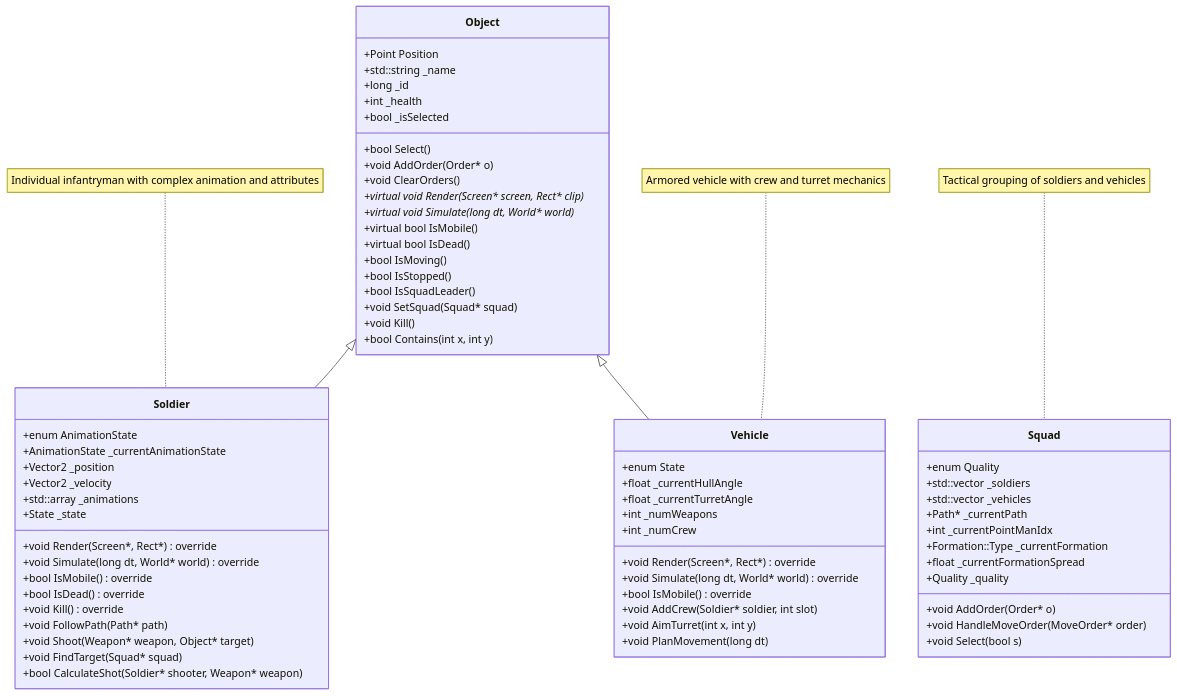
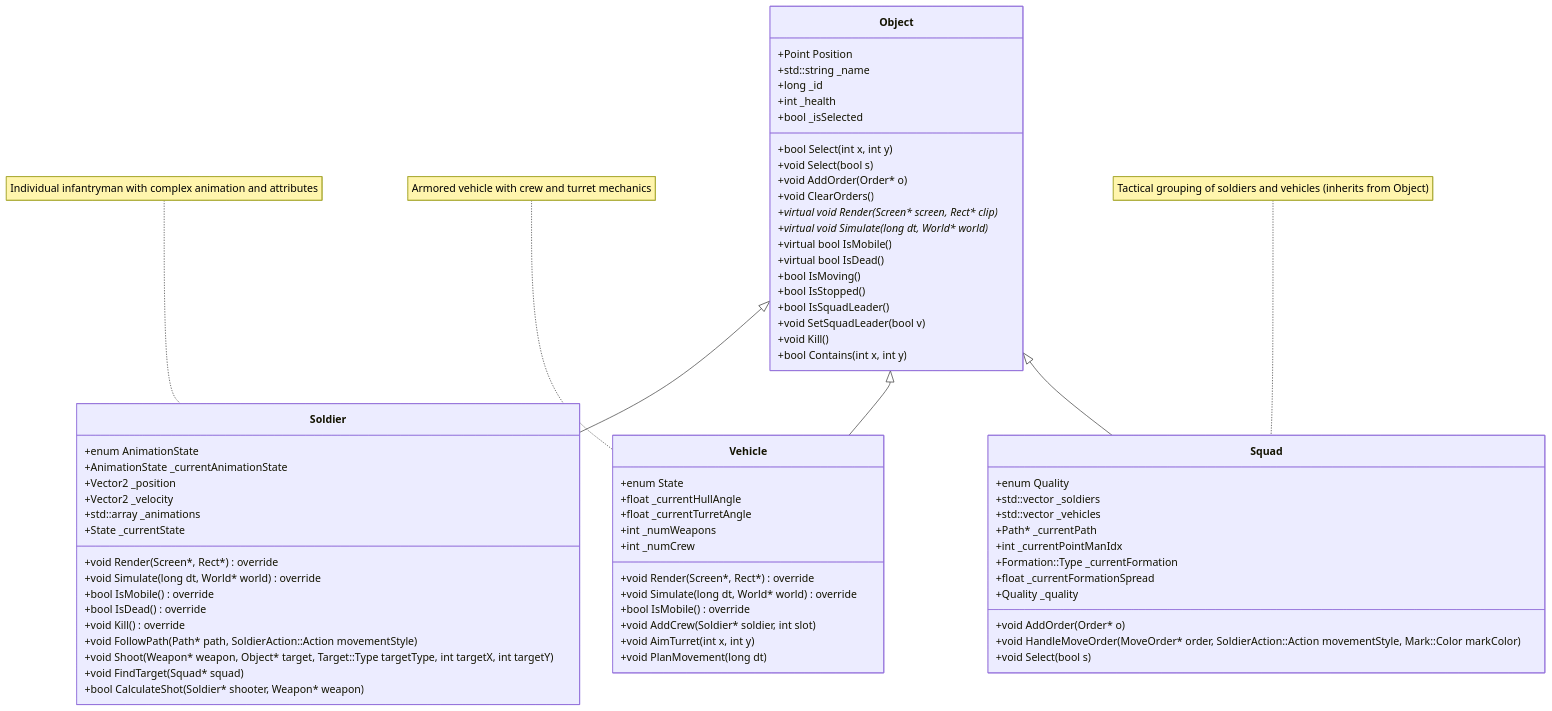
The first of 5 diagrams in docs/chapters/02-object-system.md (jukofyork/OpenCombat-SDL), drawn with Mermaid before and after one commit. The commit also changed other lines of this file and 11 other files, not shown here.

````diff
--- a/docs/chapters/02-object-system.md
+++ b/docs/chapters/02-object-system.md
@@ -53,76 +53,78 @@
 ```mermaid
 classDiagram
     class Object {
         +Point Position
         +std::string _name
         +long _id
         +int _health
         +bool _isSelected
-        +bool Select()
+        +bool Select(int x, int y)
+        +void Select(bool s)
         +void AddOrder(Order* o)
         +void ClearOrders()
         +virtual void Render(Screen* screen, Rect* clip)*
         +virtual void Simulate(long dt, World* world)*
         +virtual bool IsMobile()
         +virtual bool IsDead()
         +bool IsMoving()
         +bool IsStopped()
         +bool IsSquadLeader()
-        +void SetSquad(Squad* squad)
+        +void SetSquadLeader(bool v)
         +void Kill()
         +bool Contains(int x, int y)
     }
     
     class Soldier {
         +enum AnimationState
         +AnimationState _currentAnimationState
         +Vector2 _position
         +Vector2 _velocity
         +std::array<Animation*, NumStates> _animations
-        +State _state
+        +State _currentState
         +void Render(Screen*, Rect*) override
         +void Simulate(long dt, World* world) override
         +bool IsMobile() override
         +bool IsDead() override
         +void Kill() override
-        +void FollowPath(Path* path)
-        +void Shoot(Weapon* weapon, Object* target)
+        +void FollowPath(Path* path, SoldierAction::Action movementStyle)
+        +void Shoot(Weapon* weapon, Object* target, Target::Type targetType, int targetX, int targetY)
         +void FindTarget(Squad* squad)
         +bool CalculateShot(Soldier* shooter, Weapon* weapon)
     }
     
     class Vehicle {
         +enum State
         +float _currentHullAngle
         +float _currentTurretAngle
         +int _numWeapons
         +int _numCrew
         +void Render(Screen*, Rect*) override
         +void Simulate(long dt, World* world) override
         +bool IsMobile() override
         +void AddCrew(Soldier* soldier, int slot)
         +void AimTurret(int x, int y)
         +void PlanMovement(long dt)
     }
     
     class Squad {
         +enum Quality
         +std::vector<Soldier*> _soldiers
         +std::vector<Vehicle*> _vehicles
         +Path* _currentPath
         +int _currentPointManIdx
         +Formation::Type _currentFormation
         +float _currentFormationSpread
         +Quality _quality
         +void AddOrder(Order* o)
-        +void HandleMoveOrder(MoveOrder* order)
+        +void HandleMoveOrder(MoveOrder* order, SoldierAction::Action movementStyle, Mark::Color markColor)
         +void Select(bool s)
     }
     
     Object <|-- Soldier
     Object <|-- Vehicle
+    Object <|-- Squad
     
     note for Soldier "Individual infantryman with complex animation and attributes"
     note for Vehicle "Armored vehicle with crew and turret mechanics"
-    note for Squad "Tactical grouping of soldiers and vehicles"
+    note for Squad "Tactical grouping of soldiers and vehicles (inherits from Object)"
 ```
````
